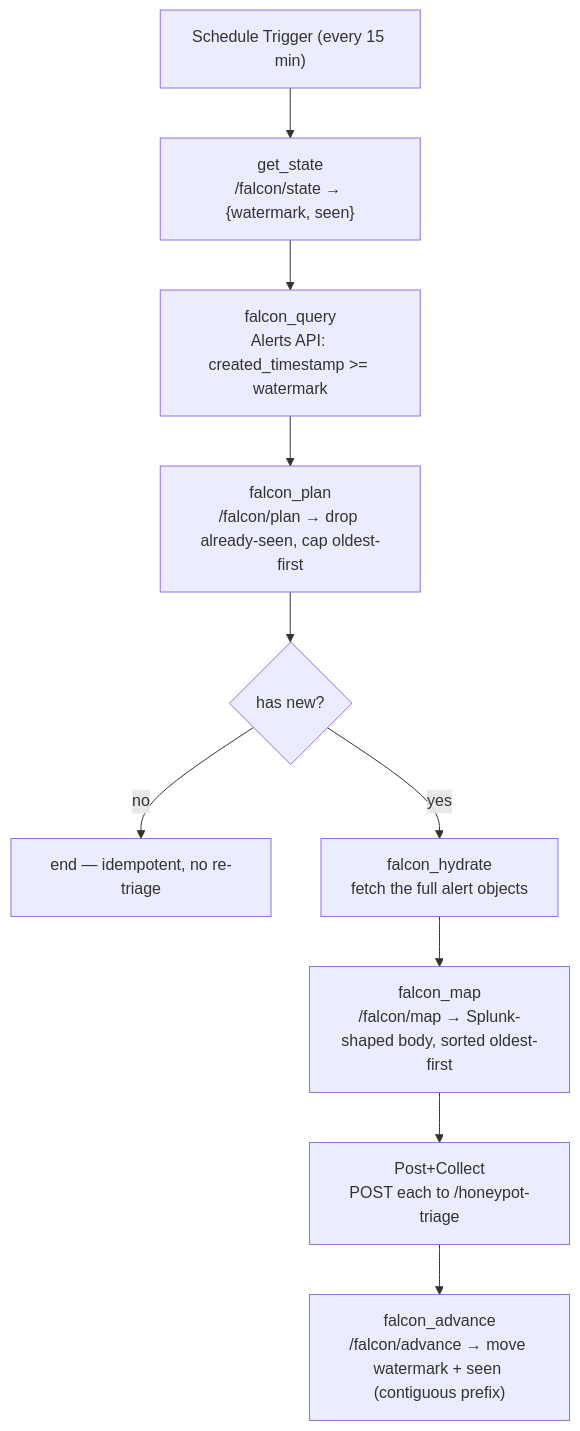
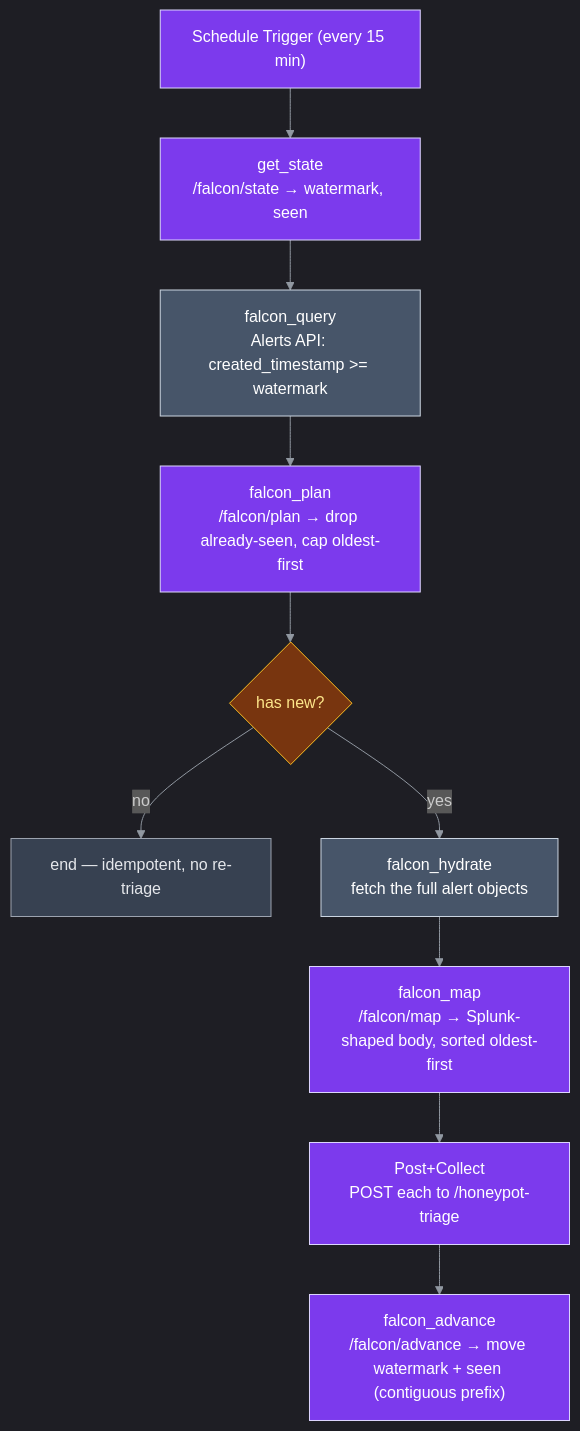
Before and after one commit to Armando-ic/soc-automation-honeypot-project: the fourth of 5 diagrams in infra/honeypot/ARCHITECTURE.md, drawn with Mermaid. The commit also changed other lines of this file and 2 other files, not shown here.

````diff
--- a/infra/honeypot/ARCHITECTURE.md
+++ b/infra/honeypot/ARCHITECTURE.md
@@ -217,12 +258,21 @@
 ```mermaid
+%%{init: {'theme':'dark','themeVariables':{'lineColor':'#9198a1'}}}%%
 flowchart TB
-  SC["Schedule Trigger (every 15 min)"] --> GS["get_state<br/>/falcon/state → {watermark, seen}"]
+  SC["Schedule Trigger (every 15 min)"] --> GS["get_state<br/>/falcon/state → watermark, seen"]
   GS --> FQ["falcon_query<br/>Alerts API: created_timestamp >= watermark"]
   FQ --> FP["falcon_plan<br/>/falcon/plan → drop already-seen, cap oldest-first"]
   FP --> HN{"has new?"}
   HN -->|no| END["end — idempotent, no re-triage"]
   HN -->|yes| HY["falcon_hydrate<br/>fetch the full alert objects"]
   HY --> MP["falcon_map<br/>/falcon/map → Splunk-shaped body, sorted oldest-first"]
   MP --> PC["Post+Collect<br/>POST each to /honeypot-triage"]
   PC --> AD["falcon_advance<br/>/falcon/advance → move watermark + seen (contiguous prefix)"]
+  classDef brain fill:#7c3aed,stroke:#ddd6fe,color:#fff
+  classDef ext fill:#475569,stroke:#cbd5e1,color:#fff
+  classDef gate fill:#78350f,stroke:#fbbf24,color:#fde68a
+  classDef neutral fill:#374151,stroke:#9ca3af,color:#e5e7eb
+  class SC,GS,FP,MP,AD,PC brain
+  class FQ,HY ext
+  class HN gate
+  class END neutral
 ```
````
